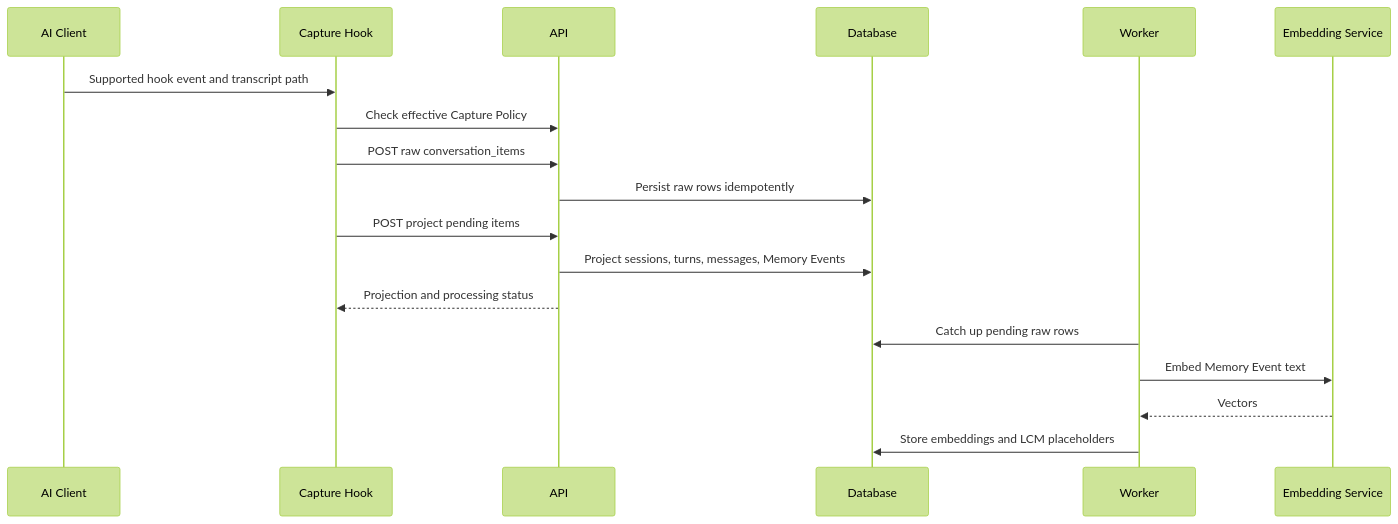
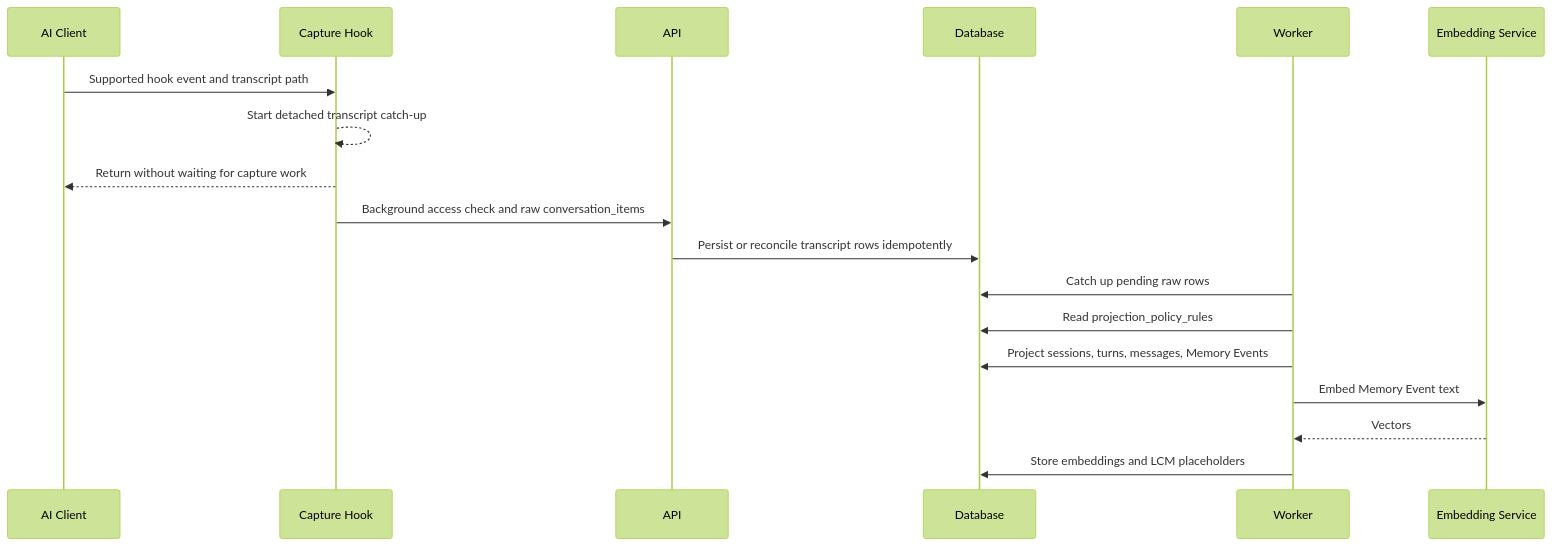
The first of 5 diagrams in docs/service-sequence-overview.md (koed-labs/koed), drawn with Mermaid (forest theme) before and after one commit. The commit also changed other lines of this file and 34 other files, not shown here.

First line of the commit message:
Experiment with transcript-source capture

````diff
--- a/docs/service-sequence-overview.md
+++ b/docs/service-sequence-overview.md
@@ -71,21 +85,21 @@
 ```mermaid
 sequenceDiagram
   participant Client as AI Client
   participant Hook as Capture Hook
   participant API as API
   participant DB as Database
   participant Worker as Worker
   participant Embed as Embedding Service
 
   Client->>Hook: Supported hook event and transcript path
-  Hook->>API: Check effective Capture Policy
-  Hook->>API: POST raw conversation_items
-  API->>DB: Persist raw rows idempotently
-  Hook->>API: POST project pending items
-  API->>DB: Project sessions, turns, messages, Memory Events
-  API-->>Hook: Projection and processing status
+  Hook-->>Hook: Start detached transcript catch-up
+  Hook-->>Client: Return without waiting for capture work
+  Hook->>API: Background access check and raw conversation_items
+  API->>DB: Persist or reconcile transcript rows idempotently
   Worker->>DB: Catch up pending raw rows
+  Worker->>DB: Read projection_policy_rules
+  Worker->>DB: Project sessions, turns, messages, Memory Events
   Worker->>Embed: Embed Memory Event text
   Embed-->>Worker: Vectors
   Worker->>DB: Store embeddings and LCM placeholders
 ```
````
